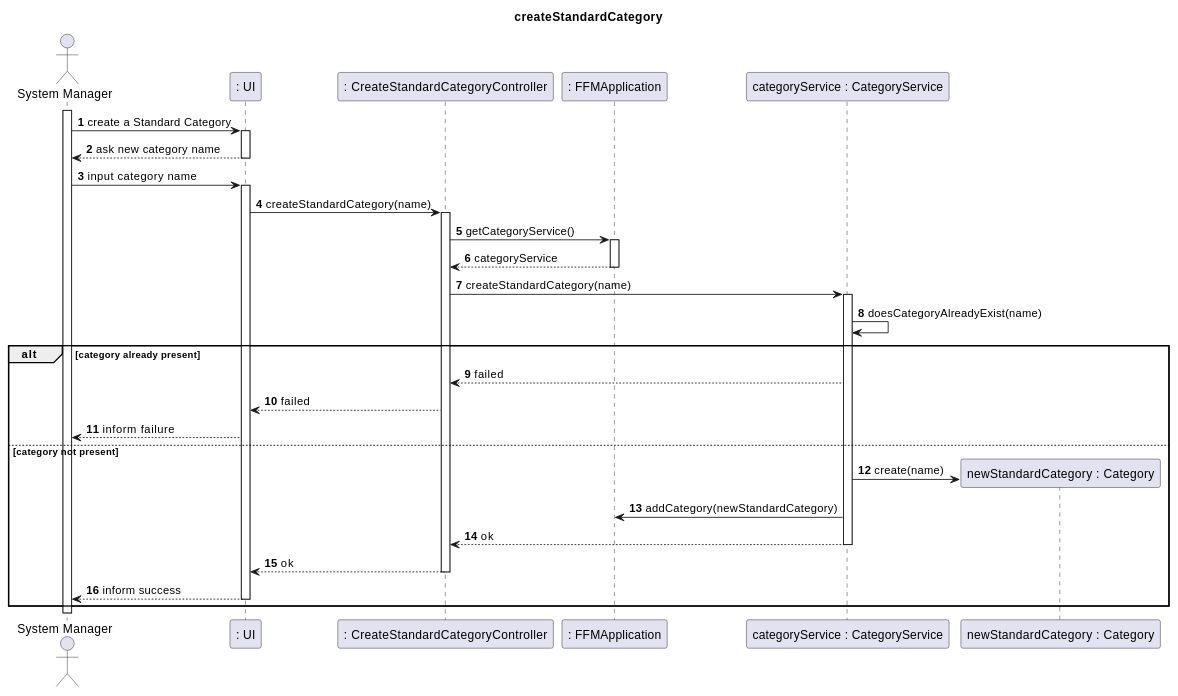
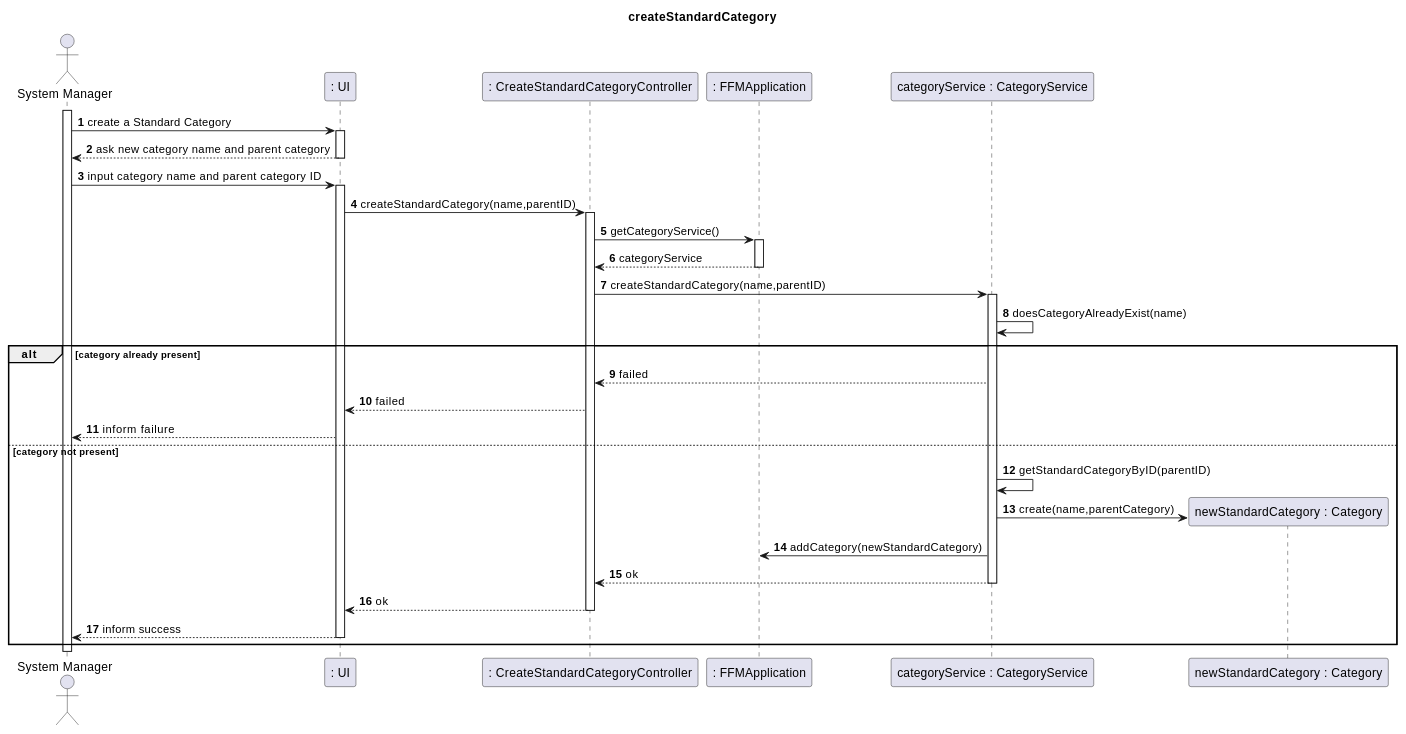
The second of 3 diagrams in docs/US001_CreateStandardCategory.md (tomas-osswald/switch_2020_g3), drawn with PlantUML before and after one commit. The commit also changed other lines of this file and 7 other files, not shown here.

`````diff
--- a/docs/US001_CreateStandardCategory.md
+++ b/docs/US001_CreateStandardCategory.md
@@ -56,47 +54,50 @@
 ```` puml
 
    autonumber
    title createStandardCategory
    actor "System Manager" as systemManager
    participant ": UI" as UI
    participant ": CreateStandardCategoryController" as controller
    participant ": FFMApplication" as application
    participant "categoryService : CategoryService" as catServ
    participant "newStandardCategory : Category" as category
    
    activate systemManager
    systemManager -> UI: create a Standard Category
    activate UI
-   UI --> systemManager: ask new category name
+   UI --> systemManager: ask new category name and parent category
    deactivate UI
-   systemManager -> UI: input category name
+   systemManager -> UI: input category name and parent category ID
    activate UI
-   UI -> controller: createStandardCategory(name)
+   UI -> controller: createStandardCategory(name,parentID)
    activate controller
    controller -> application: getCategoryService()
    activate application
    application --> controller: categoryService
    deactivate application
-   controller -> catServ: createStandardCategory(name)
+   controller -> catServ: createStandardCategory(name,parentID)
    activate catServ
    catServ -> catServ: doesCategoryAlreadyExist(name)
    
    alt category already present
    catServ --> controller: failed
    controller --> UI: failed
    UI --> systemManager: inform failure
    
    else category not present
-   catServ -> category **: create(name)
+
+   catServ -> catServ: getStandardCategoryByID(parentID)
+
+   catServ -> category **: create(name,parentCategory)
    catServ -> application: addCategory(newStandardCategory)
    catServ --> controller: ok
    deactivate catServ
    controller --> UI: ok
    deactivate controller
    UI --> systemManager: inform success
    deactivate UI
    
    end
 
 @endpuml
 ````
`````
